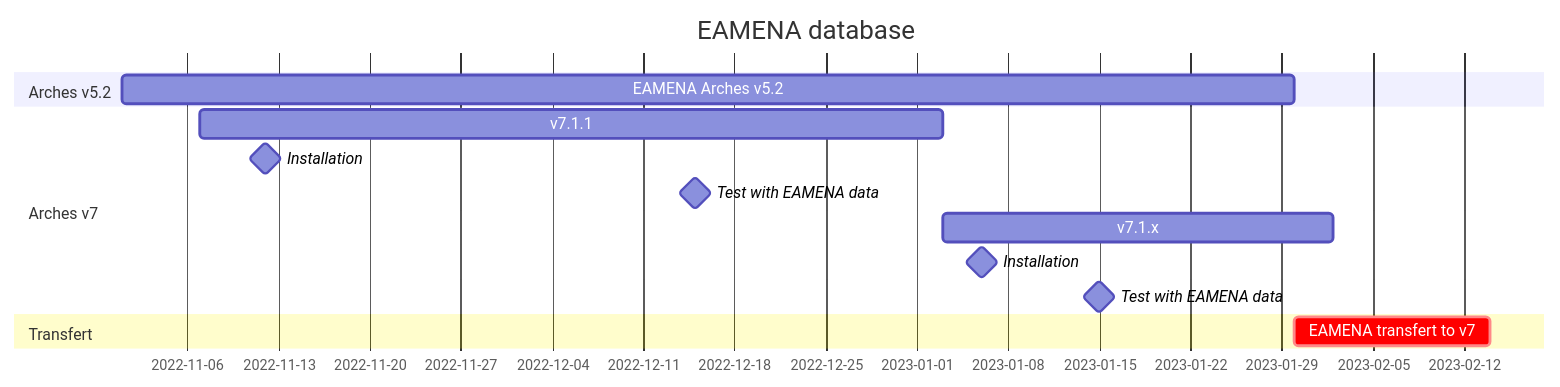
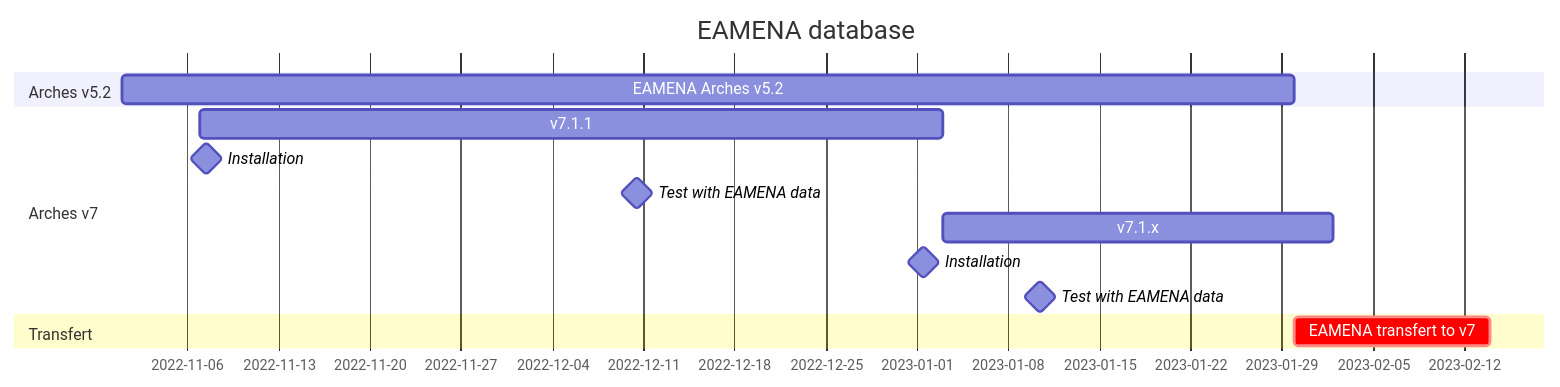
Before and after one commit to eamena-project/eamena-arches-dev: the first of 2 diagrams in dbs/database.eamena/README.md, drawn with Mermaid.

Commit message:
workflow Arches v5 v7

````diff
--- a/dbs/database.eamena/README.md
+++ b/dbs/database.eamena/README.md
@@ -5,16 +5,16 @@
 ```mermaid
 gantt
     title EAMENA database
     dateFormat  YYYY-MM-DD
     section Arches v5.2
     EAMENA Arches v5.2       : a0, 2022-11-01, 90d
     section Arches v7
     v7.1.1                   : a1, 2022-11-07, 57d
-    Installation             : milestone, m0, 2022-11-07, 10d
-    Test with EAMENA data    : milestone, m1, 2022-12-10, 10d
+    Installation             : milestone, m0, 2022-11-07, 1d
+    Test with EAMENA data    : milestone, m1, 2022-12-10, 1d
     v7.1.x                   : after a1, 30d
-    Installation             : milestone, m2, 2023-01-01, 10d
-    Test with EAMENA data    : milestone, m3, 2023-01-10, 10d
+    Installation             : milestone, m2, 2023-01-01, 1d
+    Test with EAMENA data    : milestone, m3, 2023-01-10, 1d
     section Transfert
     EAMENA transfert to v7   : crit, after a0, 15d
 ```
````
